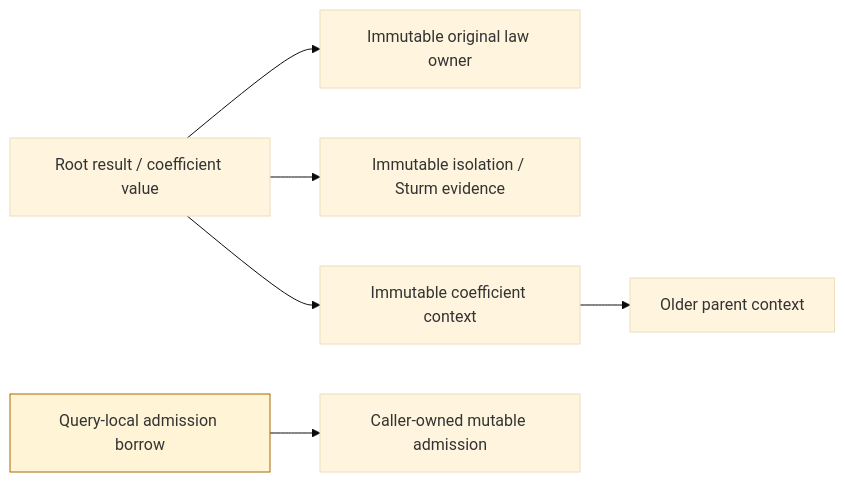
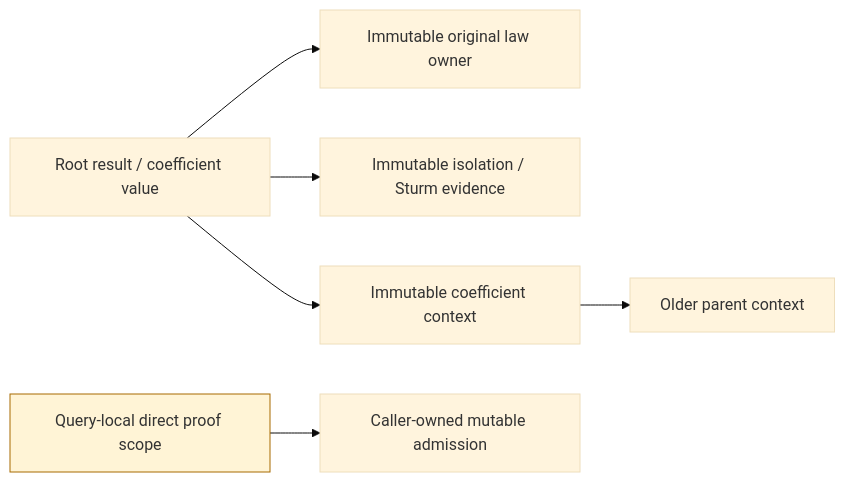
Before and after one commit to 1amageek/swift-CAD: the third of 3 diagrams in Sources/CADGeometry/RationalBivariateAlgebra/ExactRealRoot/DESIGN.md, drawn with Mermaid (base theme). The commit also changed other lines of this file and 2512 other files, not shown here.

Commit message:
Use canonical query admission through public geometry callers

````diff
--- a/Sources/CADGeometry/RationalBivariateAlgebra/ExactRealRoot/DESIGN.md
+++ b/Sources/CADGeometry/RationalBivariateAlgebra/ExactRealRoot/DESIGN.md
@@ -477,9 +460,9 @@
 ```mermaid
 flowchart LR
     Result["Root result / coefficient value"] --> Source["Immutable original law owner"]
     Result --> Proof["Immutable isolation / Sturm evidence"]
     Result --> Field["Immutable coefficient context"]
     Field --> Parent["Older parent context"]
-    Invocation["Query-local admission borrow"] --> Caller["Caller-owned mutable admission"]
+    Invocation["Query-local direct proof scope"] --> Caller["Caller-owned mutable admission"]
     style Invocation fill:#fff4d6,stroke:#a76b00
 ```
````
